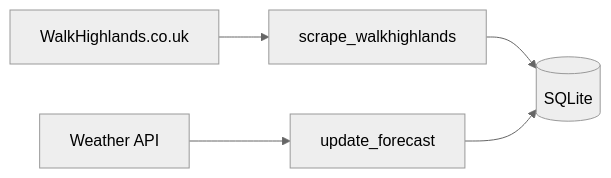
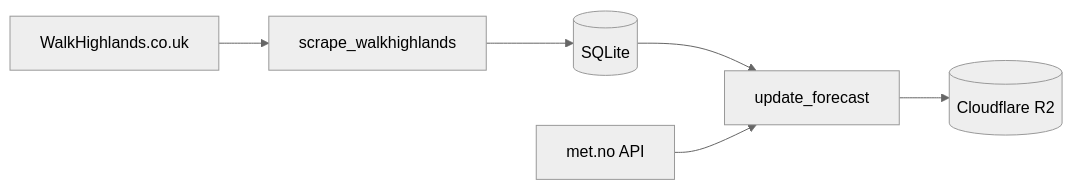
One commit to jomcgi/homelab changed the diagram in projects/hikes/README.md. Above: the diagram before and after it, drawn with Mermaid (neutral theme). The commit also changed other lines of this file, not shown here.

````diff
--- a/projects/hikes/README.md
+++ b/projects/hikes/README.md
@@ -16,7 +16,8 @@
 ```mermaid
 flowchart LR
+    WH[WalkHighlands.co.uk] --> Scraper
     Scraper[scrape_walkhighlands] --> DB[(SQLite)]
-    Forecast[update_forecast] --> DB
-    WH[WalkHighlands.co.uk] --> Scraper
-    Weather[Weather API] --> Forecast
+    DB --> Forecast[update_forecast]
+    Weather[met.no API] --> Forecast
+    Forecast --> R2[(Cloudflare R2)]
 ```
````
